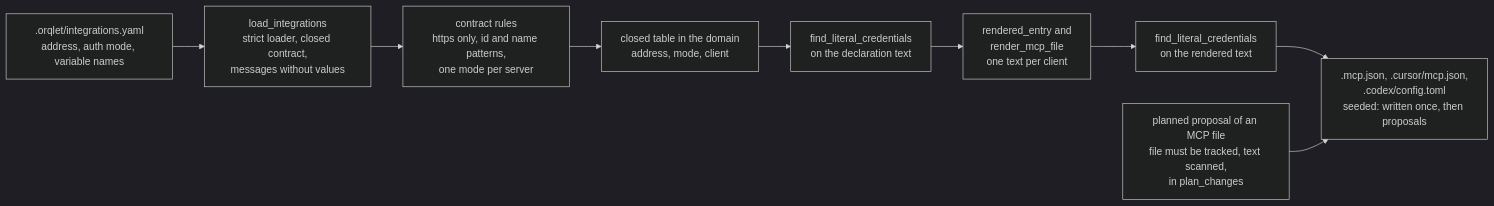
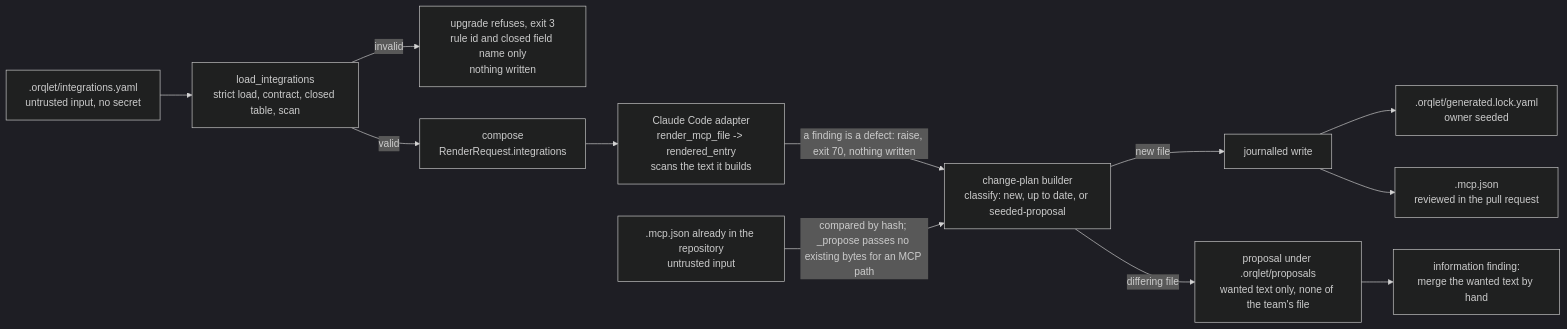
The first of 3 diagrams in docs/design/mcp-or-plugins/design/data-flow.md (tmishari/orqlet), drawn with Mermaid (dark theme) before and after one commit. The commit also changed other lines of this file and 12 other files, not shown here.

First line of the commit message:
Write the mcp-or-plugins design set again from scratch, with three rounds of reviewer notes

````diff
--- a/docs/design/mcp-or-plugins/design/data-flow.md
+++ b/docs/design/mcp-or-plugins/design/data-flow.md
@@ -5,15 +7,14 @@
 ```mermaid
 flowchart LR
-  decl[".orqlet/integrations.yaml<br/>address, auth mode, variable names"]
-  load["load_integrations<br/>strict loader, closed contract,<br/>messages without values"]
-  rules["contract rules<br/>https only, id and name patterns,<br/>one mode per server"]
-  table["closed table in the domain<br/>address, mode, client"]
-  scan["find_literal_credentials<br/>on the declaration text"]
-  render["rendered_entry and<br/>render_mcp_file<br/>one text per client"]
-  rscan["find_literal_credentials<br/>on the rendered text"]
-  exist["planned proposal of an MCP file<br/>file must be tracked, text scanned,<br/>in plan_changes"]
-  files[".mcp.json, .cursor/mcp.json,<br/>.codex/config.toml<br/>seeded: written once, then proposals"]
-
-  decl --> load --> rules --> table --> scan --> render --> rscan --> files
-  exist --> files
+  decl[".orqlet/integrations.yaml<br/>untrusted input, no secret"] --> read["load_integrations<br/>strict load, contract, closed table, scan"]
+  read -->|invalid| refuse["upgrade refuses, exit 3<br/>rule id and closed field name only<br/>nothing written"]
+  read -->|valid| compose["compose<br/>RenderRequest.integrations"]
+  compose --> render["Claude Code adapter<br/>render_mcp_file -> rendered_entry<br/>scans the text it builds"]
+  render -->|a finding is a defect: raise, exit 70, nothing written| plan["change-plan builder<br/>classify: new, up to date, or seeded-proposal"]
+  existing[".mcp.json already in the repository<br/>untrusted input"] -->|compared by hash; _propose passes no existing bytes for an MCP path| plan
+  plan -->|new file| apply["journalled write"]
+  plan -->|differing file| prop["proposal under .orqlet/proposals<br/>wanted text only, none of the team's file"]
+  apply --> lock[".orqlet/generated.lock.yaml<br/>owner seeded"]
+  apply --> mcp[".mcp.json<br/>reviewed in the pull request"]
+  prop --> info["information finding:<br/>merge the wanted text by hand"]
 ```
````
